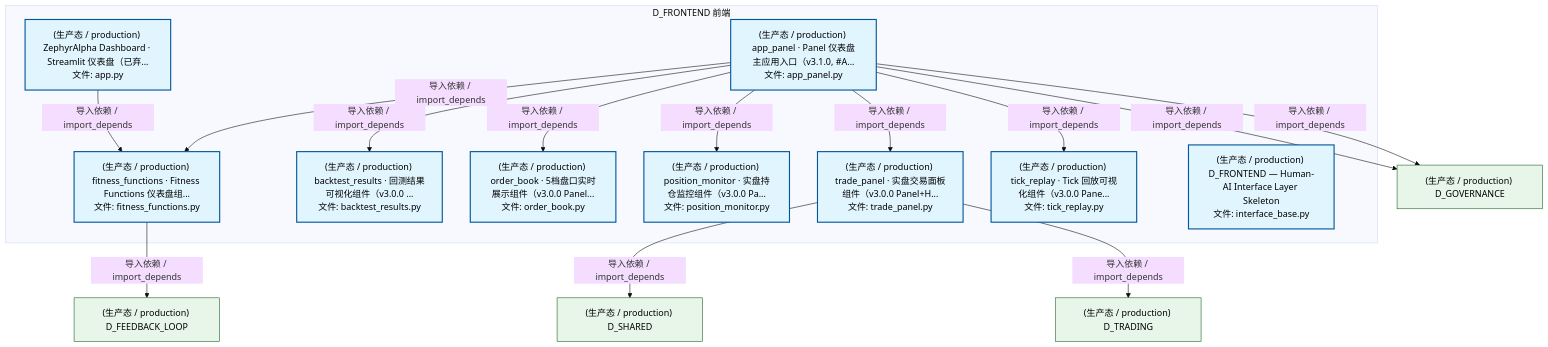
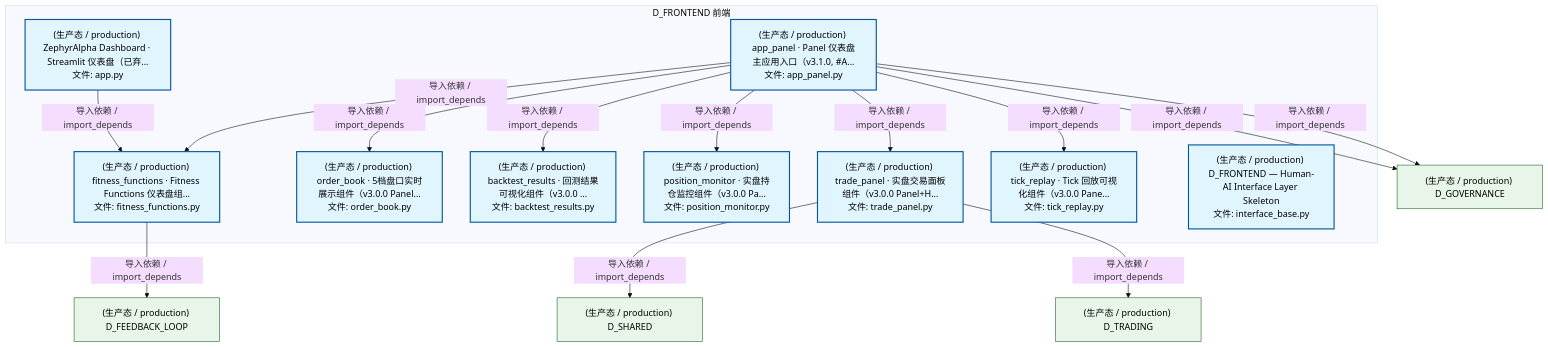
The second of 5 diagrams in docs/02_enterprise_architecture/02_domain_architecture_docs/15_d_frontend.md (xuanFelixVan/ZephyrAlpha), drawn with Mermaid (base theme) before and after one commit. The commit also changed other lines of this file and 96 other files, not shown here.

````diff
--- a/docs/02_enterprise_architecture/02_domain_architecture_docs/15_d_frontend.md
+++ b/docs/02_enterprise_architecture/02_domain_architecture_docs/15_d_frontend.md
@@ -165,36 +165,36 @@
 ```mermaid
 graph TD
     subgraph D_FRONTEND["D_FRONTEND 前端"]
         src_zephyr_frontend_dashboard_app_py["(生产态 / production) ZephyrAlpha Dashboard · Streamlit 仪表盘（已弃...<br/>文件: app.py"]
         src_zephyr_frontend_dashboard_app_panel_py["(生产态 / production) app_panel · Panel 仪表盘主应用入口（v3.1.0, #A...<br/>文件: app_panel.py"]
         src_zephyr_frontend_dashboard_components_backtest_results_py["(生产态 / production) backtest_results · 回测结果可视化组件（v3.0.0 ...<br/>文件: backtest_results.py"]
         src_zephyr_frontend_dashboard_components_fitness_functions_py["(生产态 / production) fitness_functions · Fitness Functions 仪表盘组...<br/>文件: fitness_functions.py"]
         src_zephyr_frontend_dashboard_components_order_book_py["(生产态 / production) order_book · 5档盘口实时展示组件（v3.0.0 Panel...<br/>文件: order_book.py"]
         src_zephyr_frontend_dashboard_components_position_monitor_py["(生产态 / production) position_monitor · 实盘持仓监控组件（v3.0.0 Pa...<br/>文件: position_monitor.py"]
         src_zephyr_frontend_dashboard_components_tick_replay_py["(生产态 / production) tick_replay · Tick 回放可视化组件（v3.0.0 Pane...<br/>文件: tick_replay.py"]
         src_zephyr_frontend_dashboard_components_trade_panel_py["(生产态 / production) trade_panel · 实盘交易面板组件（v3.0.0 Panel+H...<br/>文件: trade_panel.py"]
         src_zephyr_frontend_interface_base_py["(生产态 / production) D_FRONTEND — Human-AI Interface Layer Skeleton<br/>文件: interface_base.py"]
     end
     src_zephyr_frontend_dashboard_app_py -->|导入依赖 / import_depends| src_zephyr_frontend_dashboard_components_fitness_functions_py
     src_zephyr_frontend_dashboard_app_panel_py -->|导入依赖 / import_depends| src_zephyr_frontend_dashboard_components_fitness_functions_py
+    src_zephyr_frontend_dashboard_app_panel_py -->|导入依赖 / import_depends| src_zephyr_frontend_dashboard_components_order_book_py
     src_zephyr_frontend_dashboard_app_panel_py -->|导入依赖 / import_depends| src_zephyr_frontend_dashboard_components_backtest_results_py
-    src_zephyr_frontend_dashboard_app_panel_py -->|导入依赖 / import_depends| src_zephyr_frontend_dashboard_components_order_book_py
     src_zephyr_frontend_dashboard_app_panel_py -->|导入依赖 / import_depends| src_zephyr_frontend_dashboard_components_position_monitor_py
     src_zephyr_frontend_dashboard_app_panel_py -->|导入依赖 / import_depends| src_zephyr_frontend_dashboard_components_trade_panel_py
     src_zephyr_frontend_dashboard_app_panel_py -->|导入依赖 / import_depends| src_zephyr_frontend_dashboard_components_tick_replay_py
     D_GOVERNANCE["(生产态 / production) D_GOVERNANCE"]
     src_zephyr_frontend_dashboard_app_panel_py -->|导入依赖 / import_depends| D_GOVERNANCE
     D_FEEDBACK_LOOP["(生产态 / production) D_FEEDBACK_LOOP"]
     src_zephyr_frontend_dashboard_components_fitness_functions_py -->|导入依赖 / import_depends| D_FEEDBACK_LOOP
     D_SHARED["(生产态 / production) D_SHARED"]
     src_zephyr_frontend_dashboard_components_trade_panel_py -->|导入依赖 / import_depends| D_SHARED
     src_zephyr_frontend_dashboard_app_panel_py -->|导入依赖 / import_depends| D_GOVERNANCE
     D_TRADING["(生产态 / production) D_TRADING"]
     src_zephyr_frontend_dashboard_components_trade_panel_py -->|导入依赖 / import_depends| D_TRADING
     classDef production fill:#e1f5fe,stroke:#01579b,stroke-width:2px,color:#000
     classDef design fill:#fff3e0,stroke:#e65100,stroke-width:2px,color:#000,stroke-dasharray: 5 5
     classDef external_prod fill:#e8f5e9,stroke:#1b5e20,stroke-width:1px,color:#000
     classDef external_design fill:#fce4ec,stroke:#880e4f,stroke-width:1px,color:#000,stroke-dasharray: 5 5
     class src_zephyr_frontend_dashboard_app_py,src_zephyr_frontend_dashboard_app_panel_py,src_zephyr_frontend_dashboard_components_backtest_results_py,src_zephyr_frontend_dashboard_components_fitness_functions_py,src_zephyr_frontend_dashboard_components_order_book_py,src_zephyr_frontend_dashboard_components_position_monitor_py,src_zephyr_frontend_dashboard_components_tick_replay_py,src_zephyr_frontend_dashboard_components_trade_panel_py,src_zephyr_frontend_interface_base_py production
     class D_GOVERNANCE,D_FEEDBACK_LOOP,D_SHARED,D_TRADING external_prod
 ```
````
